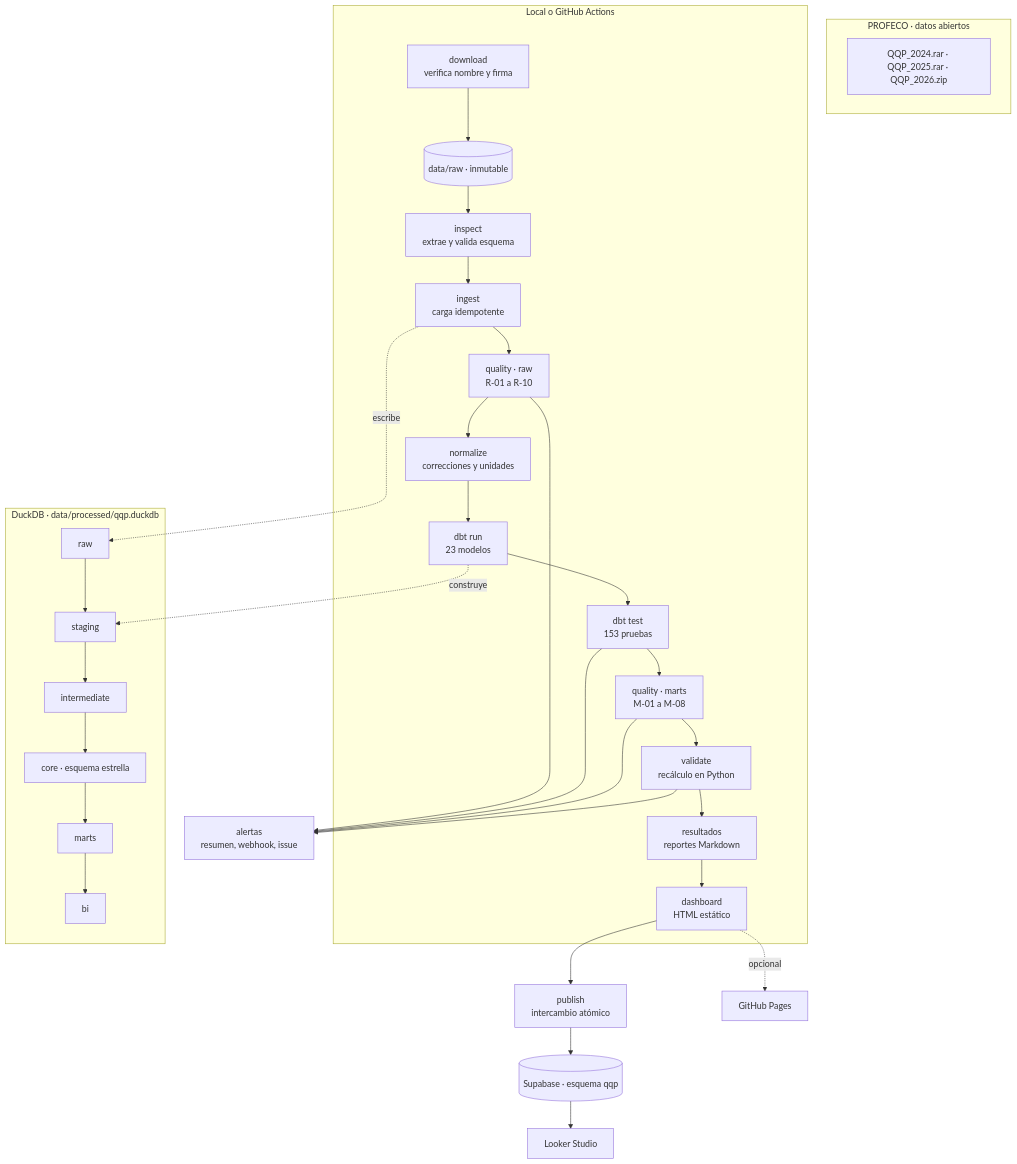
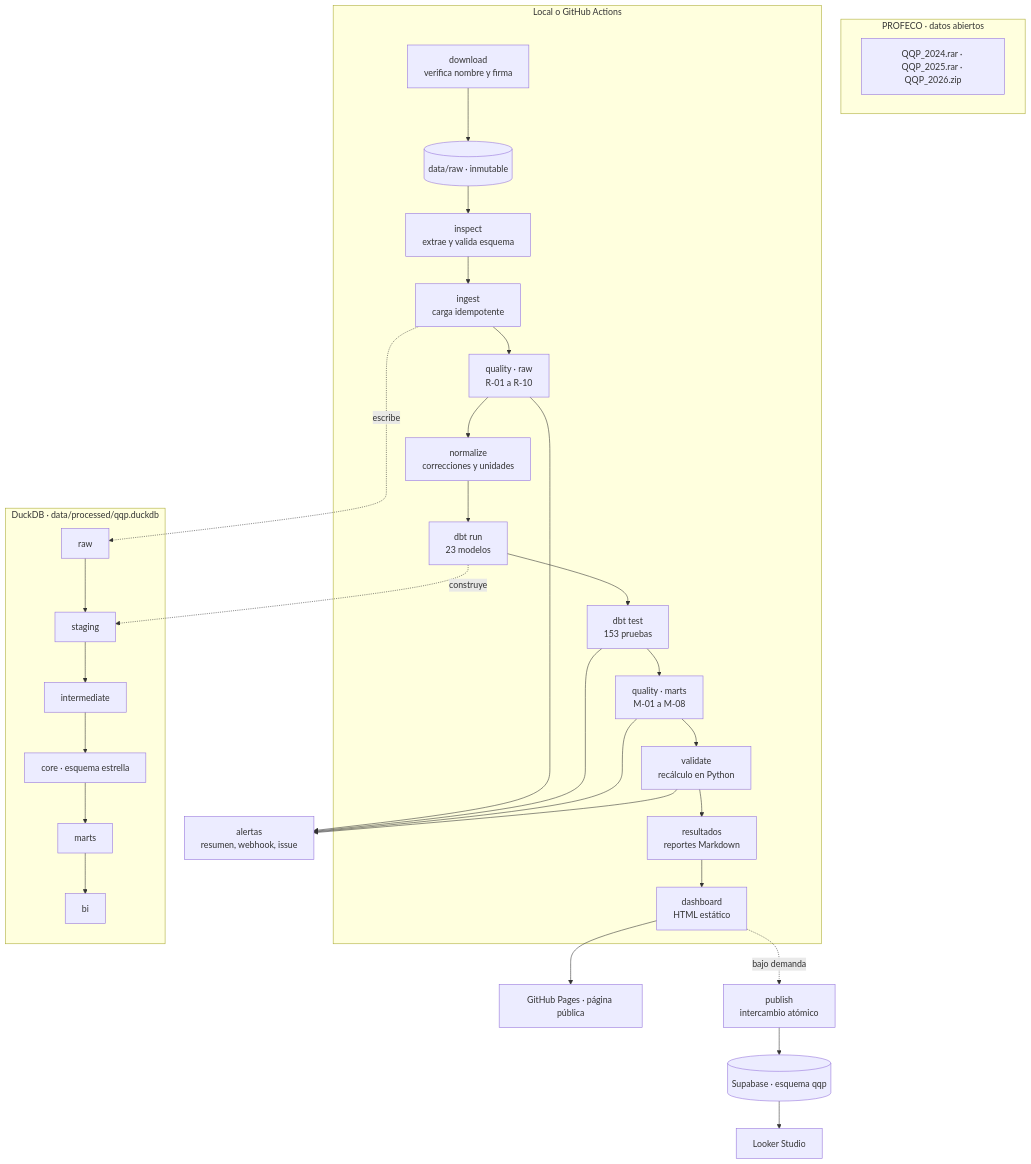
One commit to isaacmartinez23/analisis_profeco changed the first of 3 diagrams in docs/arquitectura.md. Above: the diagram before and after it, drawn with Mermaid. The commit also changed other lines of this file and 7 other files, not shown here.

First line of the commit message:
Publicación en Supabase bajo demanda; Pages sirve el dashboard (D-041)

````diff
--- a/docs/arquitectura.md
+++ b/docs/arquitectura.md
@@ -18,30 +18,30 @@
 ```mermaid
 flowchart TD
     subgraph fuente[PROFECO · datos abiertos]
         Z[QQP_2024.rar · QQP_2025.rar · QQP_2026.zip]
     end
     subgraph local[Local o GitHub Actions]
         D[download<br/>verifica nombre y firma] --> RAW[(data/raw · inmutable)]
         RAW --> I[inspect<br/>extrae y valida esquema]
         I --> ING[ingest<br/>carga idempotente]
         ING --> Q1[quality · raw<br/>R-01 a R-10]
         Q1 --> N[normalize<br/>correcciones y unidades]
         N --> DBT[dbt run<br/>23 modelos]
         DBT --> T[dbt test<br/>153 pruebas]
         T --> Q2[quality · marts<br/>M-01 a M-08]
         Q2 --> V[validate<br/>recálculo en Python]
         V --> R[resultados<br/>reportes Markdown]
         R --> H[dashboard<br/>HTML estático]
     end
     subgraph duck[DuckDB · data/processed/qqp.duckdb]
         RAWS[raw] --> STG[staging] --> INT[intermediate] --> CORE[core · esquema estrella]
         CORE --> MARTS[marts] --> BI[bi]
     end
     ING -.escribe.-> RAWS
     DBT -.construye.-> STG
-    H --> P[publish<br/>intercambio atómico]
+    H --> GP[GitHub Pages · página pública]
+    H -.bajo demanda.-> P[publish<br/>intercambio atómico]
     P --> SB[(Supabase · esquema qqp)]
     SB --> LS[Looker Studio]
-    H -.opcional.-> GP[GitHub Pages]
     Q1 & T & Q2 & V --> A[alertas<br/>resumen, webhook, issue]
 ```
````
